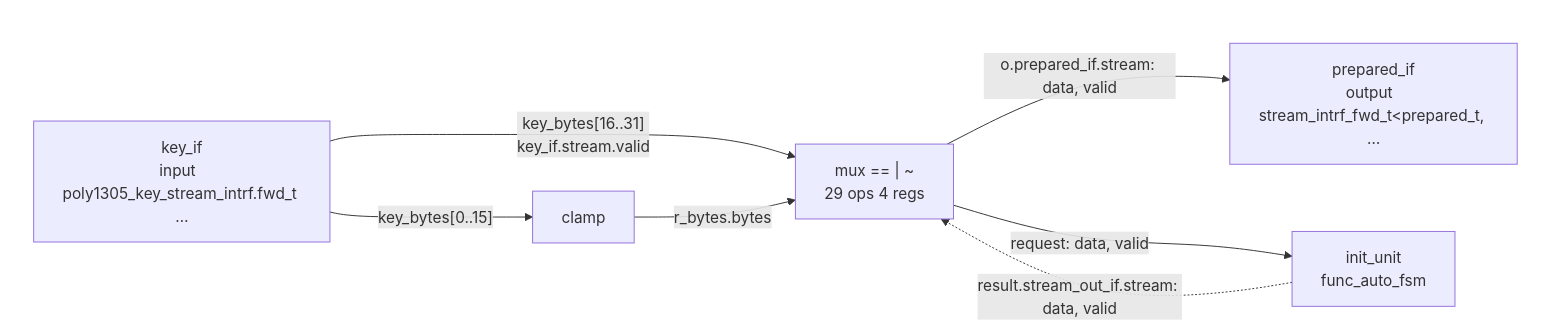
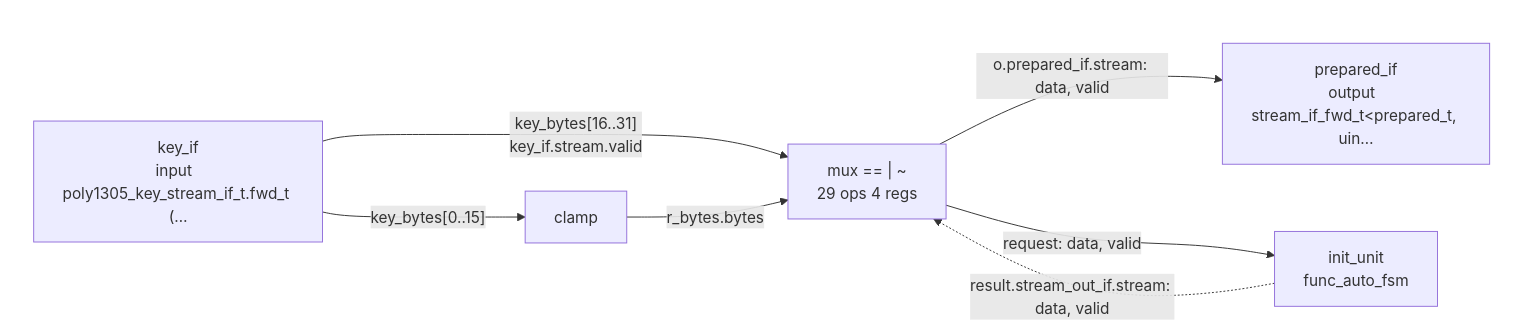
The fifth of 16 diagrams in 3.build/pypeline_build/src/poly1305/poly1305_design.md (chili-chips/wireguard-fpga), drawn with Mermaid before and after one commit. The commit also changed other lines of this file and 31 other files, not shown here.

````diff
--- a/3.build/pypeline_build/src/poly1305/poly1305_design.md
+++ b/3.build/pypeline_build/src/poly1305/poly1305_design.md
@@ -343,21 +343,21 @@
 ```mermaid
 flowchart LR
     n2["clamp"]
     n3["init_unit<br>func_auto_fsm"]
     n4["mux == | ~<br>29 ops  4 regs"]
     subgraph inputs[" "]
-        n0["key_if<br>input  poly1305_key_stream_intrf.fwd_t …"]
+        n0["key_if<br>input  poly1305_key_stream_if_t.fwd_t (…"]
     end
     style inputs fill:none,stroke:none
     subgraph outputs[" "]
-        n1["prepared_if<br>output  stream_intrf_fwd_t#lt;prepared_t, …"]
+        n1["prepared_if<br>output  stream_if_fwd_t#lt;prepared_t, uin…"]
     end
     style outputs fill:none,stroke:none
     n0 -->|"key_bytes[0..15]"| n2
     n0 -->|"key_bytes[16..31]<br>key_if.stream.valid"| n4
     n2 -->|"r_bytes.bytes"| n4
     n3 -.->|"result.stream_out_if.stream: data, valid"| n4
     n4 -->|"request: data, valid"| n3
     n4 -->|"o.prepared_if.stream: data, valid"| n1
     n4 ~~~ n1
 ```
````
